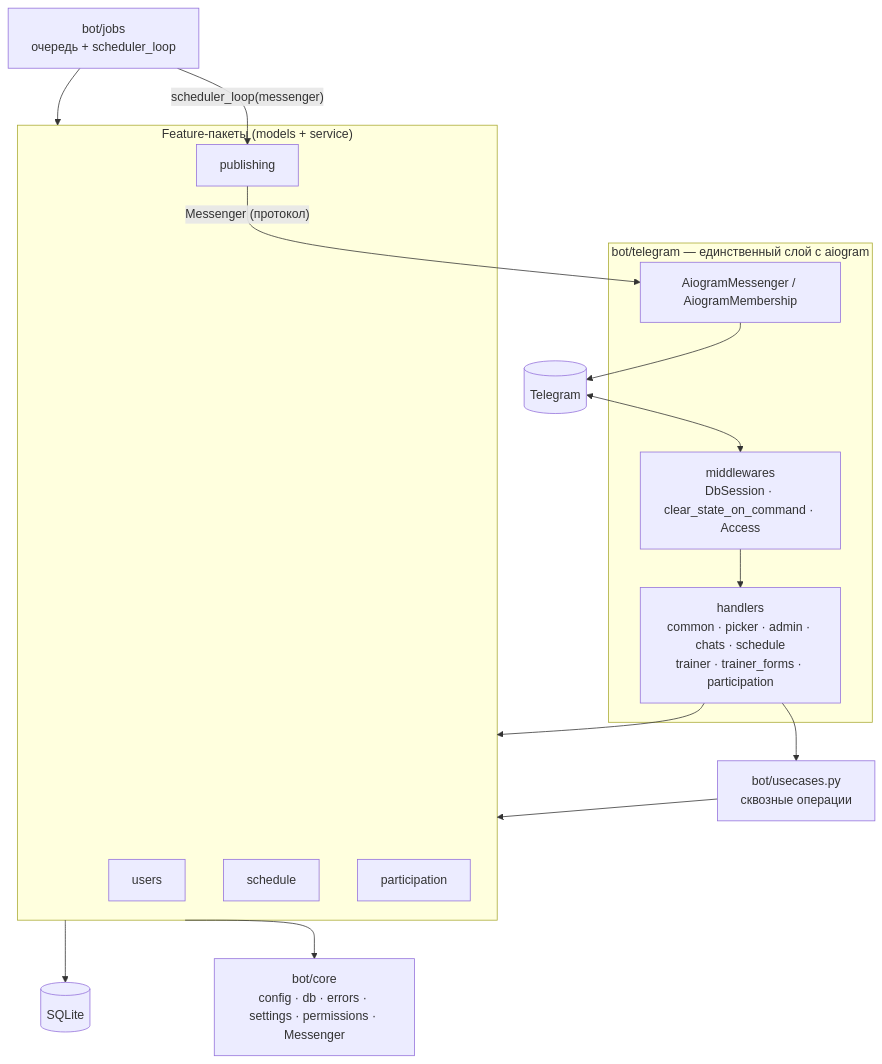
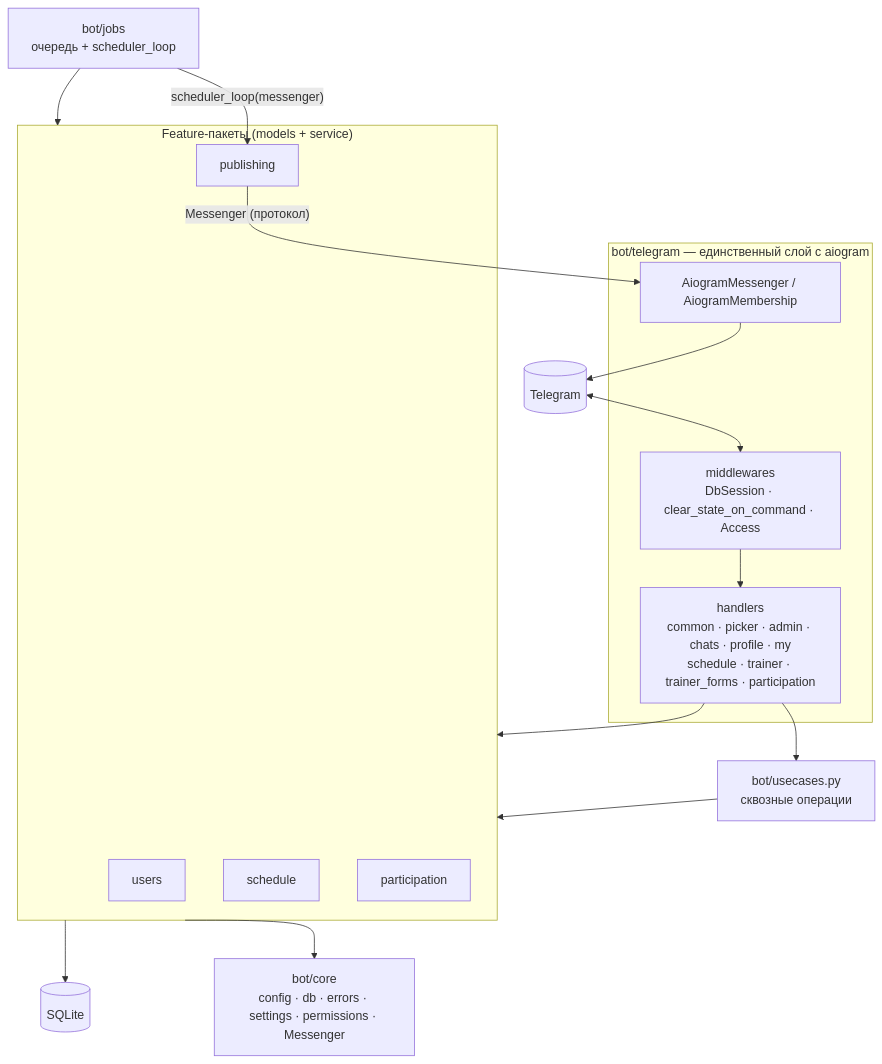
The first of 3 diagrams in ARCHITECTURE.md (ikonovalov/coachs-shadow), drawn with Mermaid before and after one commit. The commit also changed other lines of this file and 8 other files, not shown here.

````diff
--- a/ARCHITECTURE.md
+++ b/ARCHITECTURE.md
@@ -27,28 +27,28 @@
 ```mermaid
 flowchart TB
     TG[(Telegram)]
     subgraph TL["bot/telegram — единственный слой с aiogram"]
         MW["middlewares<br/>DbSession · clear_state_on_command · Access"]
-        H["handlers<br/>common · picker · admin · chats · schedule<br/>trainer · trainer_forms · participation"]
+        H["handlers<br/>common · picker · admin · chats · profile · my<br/>schedule · trainer · trainer_forms · participation"]
         AM["AiogramMessenger / AiogramMembership"]
     end
     UC["bot/usecases.py<br/>сквозные операции"]
     subgraph FEAT["Feature-пакеты (models + service)"]
         U[users]
         S[schedule]
         P[participation]
         PB[publishing]
     end
     J["bot/jobs<br/>очередь + scheduler_loop"]
     CORE["bot/core<br/>config · db · errors · settings · permissions · Messenger"]
     DB[(SQLite)]
 
     TG <--> MW --> H --> UC
     H --> FEAT
     UC --> FEAT
     J --> FEAT
     FEAT --> CORE
     FEAT --> DB
     PB -- "Messenger (протокол)" --> AM --> TG
     J -- "scheduler_loop(messenger)" --> PB
 ```
````
